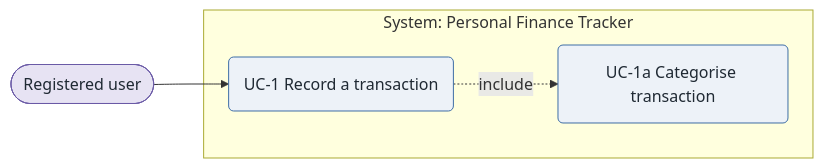
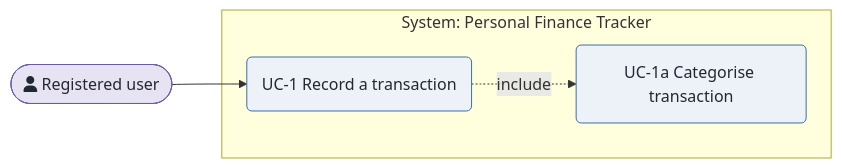
Before and after one commit to rtym/sei-architecture-methodology: the diagram in examples/personal-finance-tracker-mermaid/drivers/use-cases/UC-1.md, drawn with Mermaid. The commit also changed 40 other files, not shown here.

````diff
--- a/examples/personal-finance-tracker-mermaid/drivers/use-cases/UC-1.md
+++ b/examples/personal-finance-tracker-mermaid/drivers/use-cases/UC-1.md
@@ -40,15 +40,15 @@
 ```mermaid
 flowchart LR
   %% Use case diagram — UC-1 Record a transaction
-  pa(["Registered user"])
+  pa(["fa:fa-user Registered user"])
   subgraph sys["System: Personal Finance Tracker"]
     uc1("UC-1 Record a transaction")
     uc1a("UC-1a Categorise transaction")
   end
   pa --> uc1
   uc1 -. include .-> uc1a
   classDef source   fill:#E7E3F3,stroke:#6B5BA6,color:#1F2933;
   classDef artifact fill:#EDF2F8,stroke:#3E6DA5,color:#1F2933;
   class pa source
   class uc1,uc1a artifact
 ```
````
